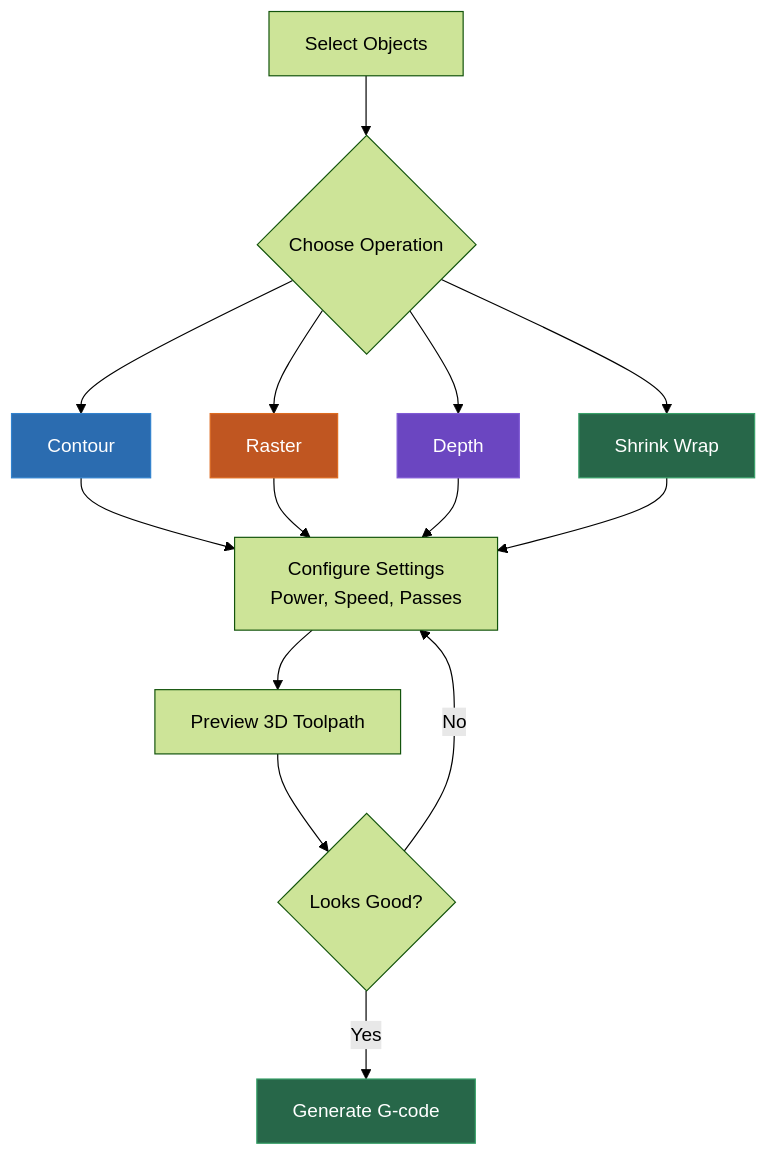
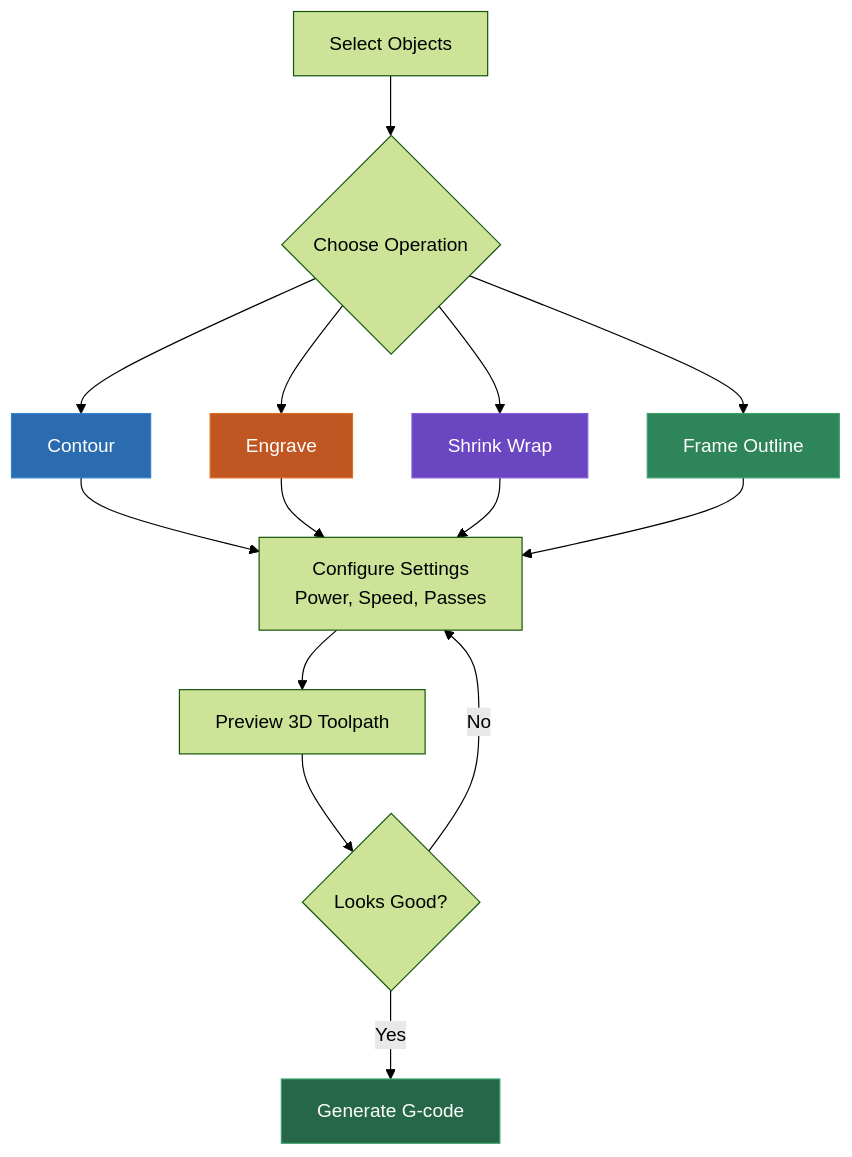
Before and after one commit to yuri-schmaltz/my-rayforge: the diagram in website/content/docs/features/operations/index.md, drawn with Mermaid (forest theme). The commit also changed other lines of this file and 48 other files, not shown here.

Commit message:
fully replace the old "raster", "depth", and "dither" operations by the new, unified raster operation

````diff
--- a/website/content/docs/features/operations/index.md
+++ b/website/content/docs/features/operations/index.md
@@ -7,24 +7,24 @@
 ```mermaid
 graph TB
     A[Select Objects] --> B{Choose Operation}
     B --> C[Contour]
-    B --> D[Raster]
-    B --> E[Depth]
-    B --> F[Shrink Wrap]
+    B --> D[Engrave]
+    B --> E[Shrink Wrap]
+    B --> F[Frame Outline]
 
     C --> G[Configure Settings<br/>Power, Speed, Passes]
     D --> G
     E --> G
     F --> G
 
     G --> H[Preview 3D Toolpath]
     H --> I{Looks Good?}
     I -->|No| G
     I -->|Yes| J[Generate G-code]
 
     style C fill:#2b6cb0,stroke:#3182ce,color:#fff
     style D fill:#c05621,stroke:#dd6b20,color:#fff
     style E fill:#6b46c1,stroke:#805ad5,color:#fff
-    style F fill:#276749,stroke:#38a169,color:#fff
+    style F fill:#2f855a,stroke:#38a169,color:#fff
     style J fill:#276749,stroke:#38a169,color:#fff
 ```
````
